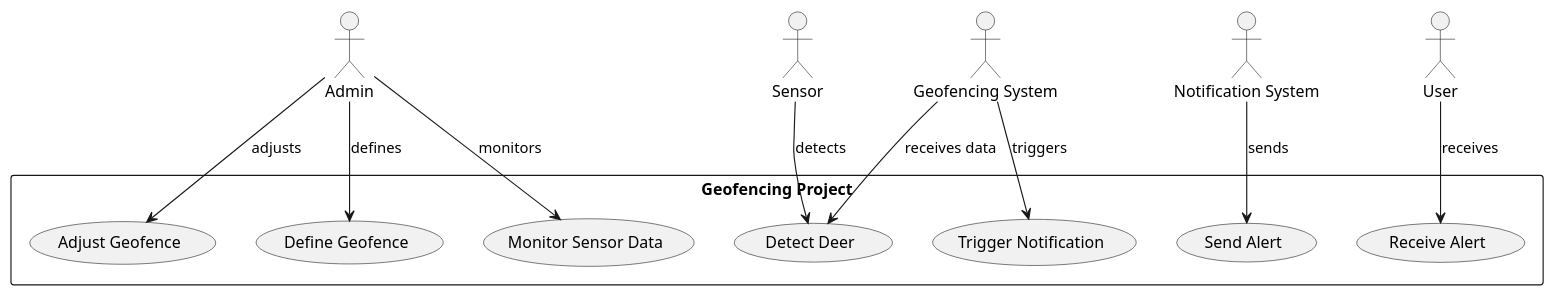
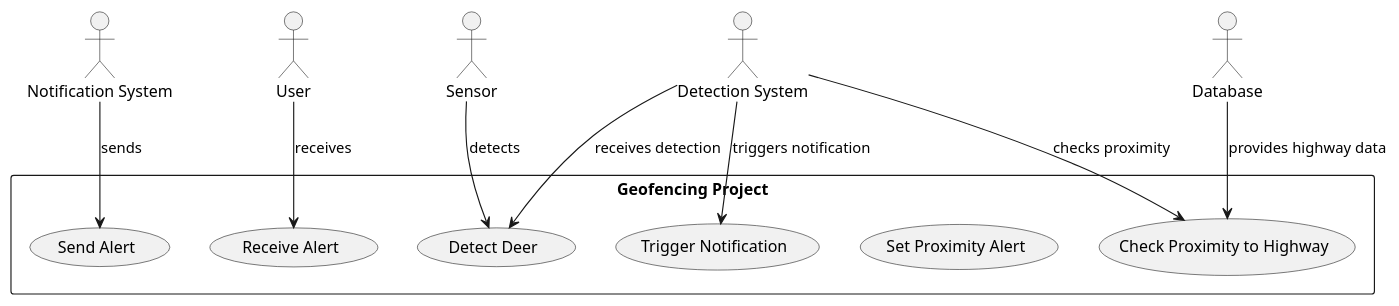
Before and after one commit to kxs1119/Detection-System: the diagram in docs/diagrams/usecase.puml, drawn with PlantUML. The commit also changed 6 other files, not shown here.

Commit message:
Adapted the UML with the new edgecases

```diff
--- a/docs/diagrams/usecase.puml
+++ b/docs/diagrams/usecase.puml
@@ -1,28 +1,26 @@
 @startuml
 
 actor Sensor
-actor Admin
 actor "Notification System" as Notification
 actor User
-actor "Geofencing System" as Geofencing
+actor "Detection System" as Detection
+actor Database
 
 rectangle "Geofencing Project" {
     usecase "Detect Deer" as UC1
-    usecase "Define Geofence" as UC2
-    usecase "Monitor Sensor Data" as UC3
+    usecase "Set Proximity Alert" as UC2
+    usecase "Check Proximity to Highway" as UC3
     usecase "Trigger Notification" as UC4
     usecase "Send Alert" as UC5
     usecase "Receive Alert" as UC6
-    usecase "Adjust Geofence" as UC7
 }
 
 Sensor --> UC1 : detects
-Admin --> UC2 : defines
-Admin --> UC3 : monitors
-Geofencing --> UC1 : receives data
-Geofencing --> UC4 : triggers
+Detection --> UC1 : receives detection
+Detection --> UC3 : checks proximity
+Database --> UC3 : provides highway data
+Detection --> UC4 : triggers notification
 Notification --> UC5 : sends
 User --> UC6 : receives
-Admin --> UC7 : adjusts
 
 @enduml
```
